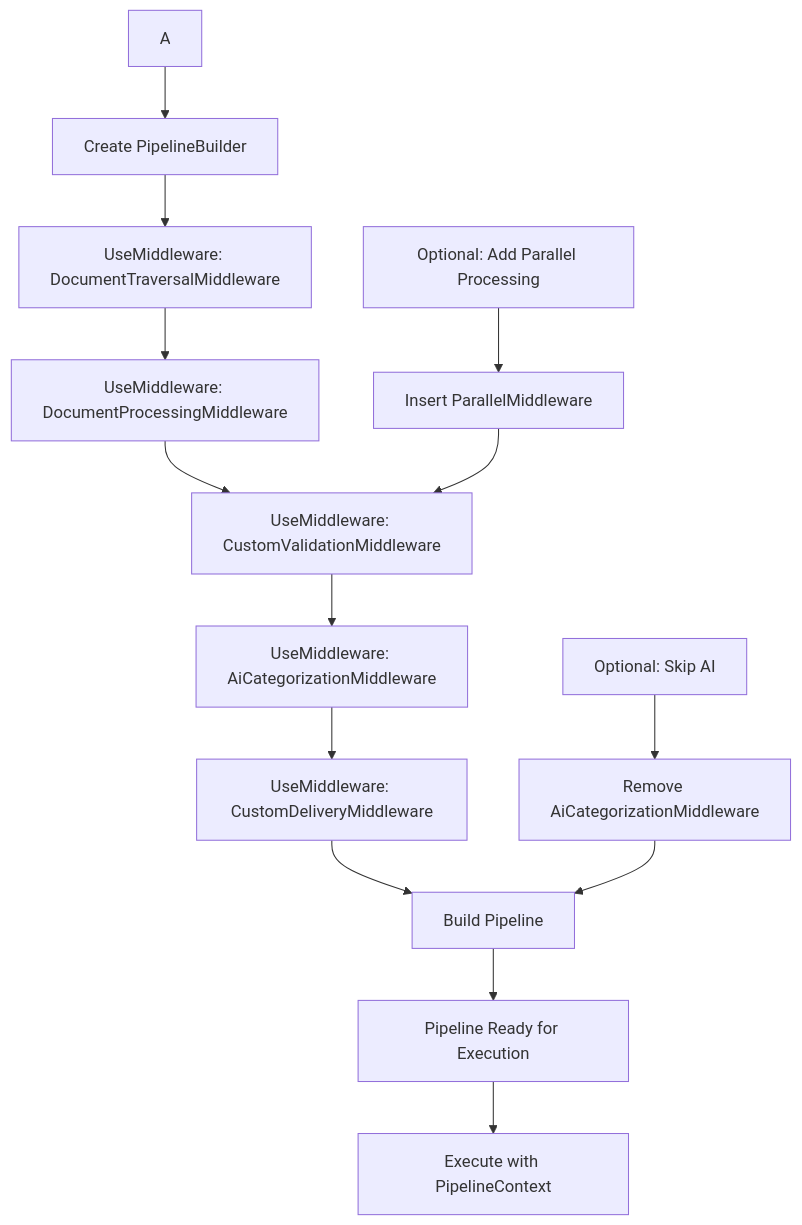
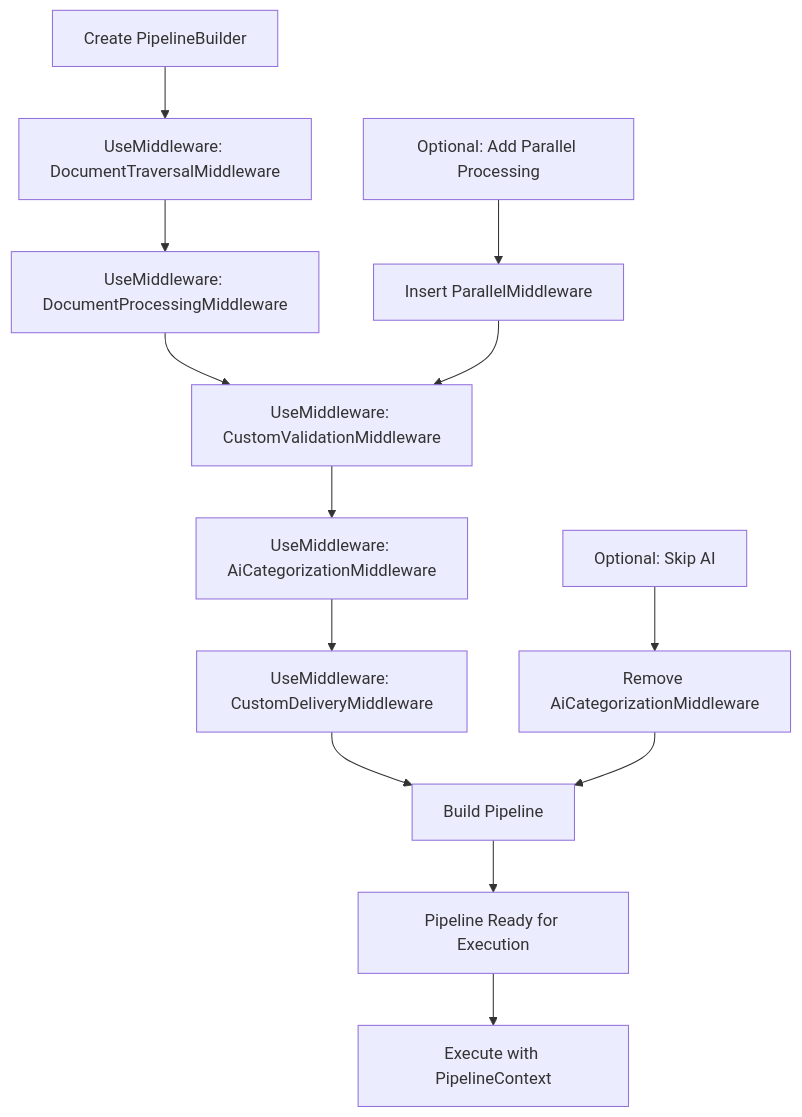
One commit to durmisi/DocIngest changed the diagram in README.md. Above: the diagram before and after it, drawn with Mermaid.

Commit message:
Fix Mermaid diagram in README to correctly represent the custom pipeline creation flow

````diff
--- a/README.md
+++ b/README.md
@@ -53,18 +53,18 @@
 ```mermaid
 graph TD
-    A --> B[Create PipelineBuilder]
+    B[Create PipelineBuilder]
     B --> C[UseMiddleware: DocumentTraversalMiddleware]
     C --> D[UseMiddleware: DocumentProcessingMiddleware]
     D --> E[UseMiddleware: CustomValidationMiddleware]
     E --> F[UseMiddleware: AiCategorizationMiddleware]
     F --> G[UseMiddleware: CustomDeliveryMiddleware]
     G --> H[Build Pipeline]
     H --> I[Pipeline Ready for Execution]
     I --> J[Execute with PipelineContext]
 
     K[Optional: Skip AI] --> L[Remove AiCategorizationMiddleware]
     L --> H
 
     M[Optional: Add Parallel Processing] --> N[Insert ParallelMiddleware]
     N --> E
 ```
````
